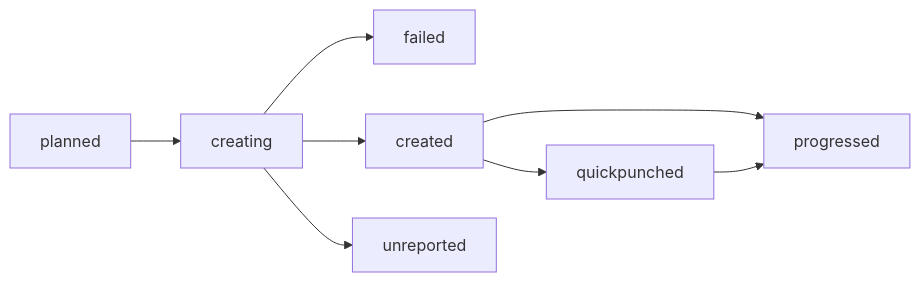
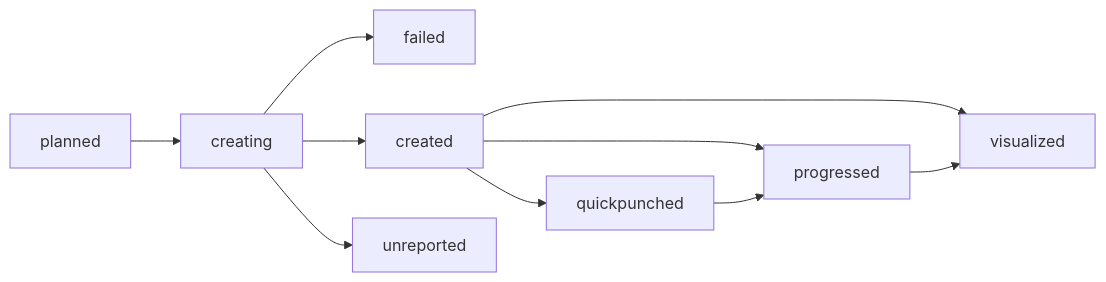
One commit to punch-mission/punchpipe changed the first of 2 diagrams in docs/source/control/states.rst. Above: the diagram before and after it, drawn with Mermaid. The commit also changed 3 other files, not shown here.

```diff
--- a/docs/source/control/states.rst
+++ b/docs/source/control/states.rst
@@ -9,10 +9,12 @@
 .. mermaid::
 
     graph LR;
     planned --> creating;
     creating --> failed;
     creating --> created;
     creating --> unreported;
     created --> progressed;
     created --> quickpunched;
     quickpunched --> progressed;
+    created --> visualized;
+    progressed --> visualized;
```
